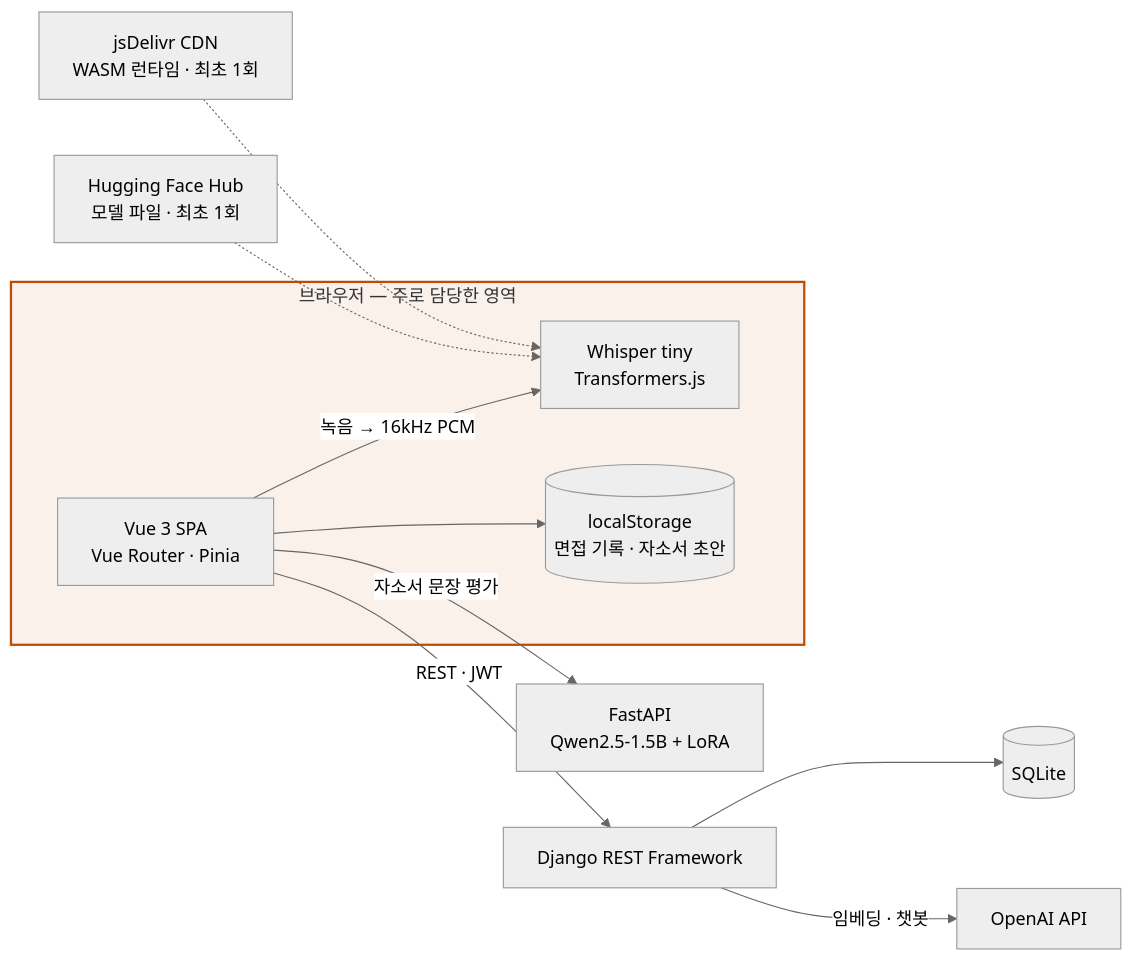
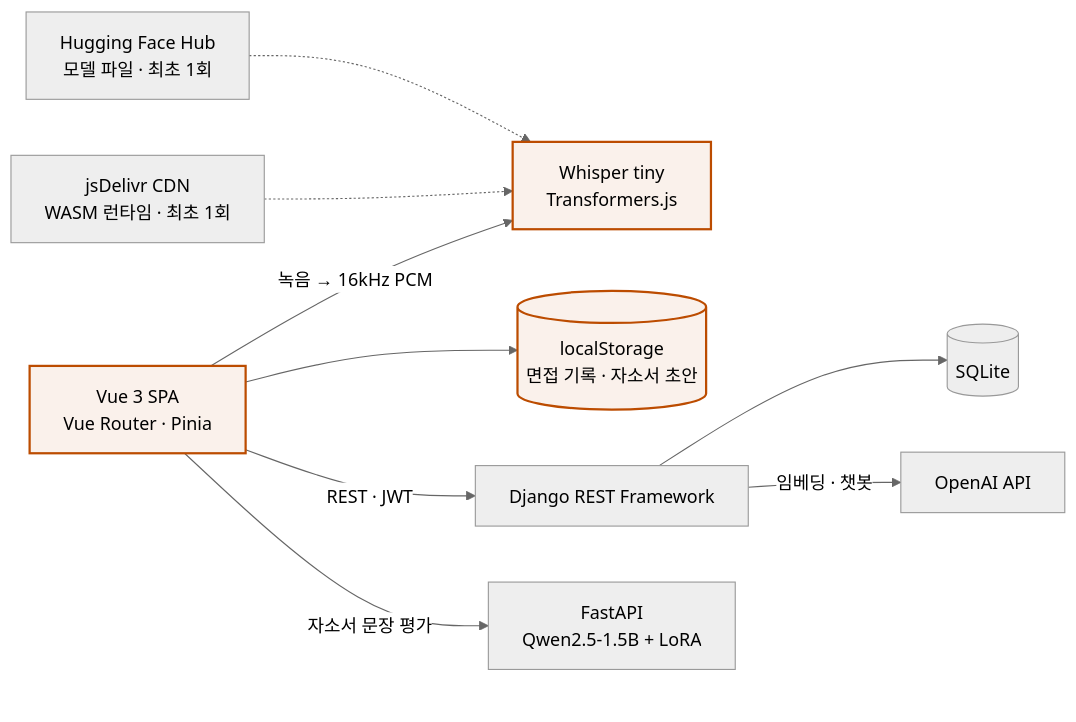
Before and after one commit to handongin1500/handongin1500: the third of 3 diagrams in README.md, drawn with Mermaid (neutral theme). The commit also changed other lines of this file, not shown here.

First line of the commit message:
README: 검토 반영 — 구조도 배치, 휴대폰 줄바꿈, 표 정렬, 공지 문맥 검토 줄

````diff
--- a/README.md
+++ b/README.md
@@ -364,17 +366,18 @@
 ```mermaid
 flowchart LR
-  subgraph Browser["브라우저 — 주로 담당한 영역"]
     UI["Vue 3 SPA<br/>Vue Router · Pinia"]
     STT["Whisper tiny<br/>Transformers.js"]
     LS[("localStorage<br/>면접 기록 · 자소서 초안")]
     UI -->|"녹음 → 16kHz PCM"| STT
     UI --> LS
-  end
   HF["Hugging Face Hub<br/>모델 파일 · 최초 1회"] -.-> STT
   CDN["jsDelivr CDN<br/>WASM 런타임 · 최초 1회"] -.-> STT
   UI -->|"REST · JWT"| DRF["Django REST Framework"]
   UI -->|"자소서 문장 평가"| EVAL["FastAPI<br/>Qwen2.5-1.5B + LoRA"]
   DRF --> DB[("SQLite")]
   DRF -->|"임베딩 · 챗봇"| GPT["OpenAI API"]
-  style Browser fill:#BC4C0014,stroke:#BC4C00,stroke-width:2px
+  classDef mine fill:#BC4C0014,stroke:#BC4C00,stroke-width:2px
+  class UI,STT,LS mine
+  DRF ~~~ PAD["⠀<br/>⠀<br/>⠀<br/>⠀"]
+  style PAD fill:transparent,stroke:transparent,color:transparent
 ```
````
